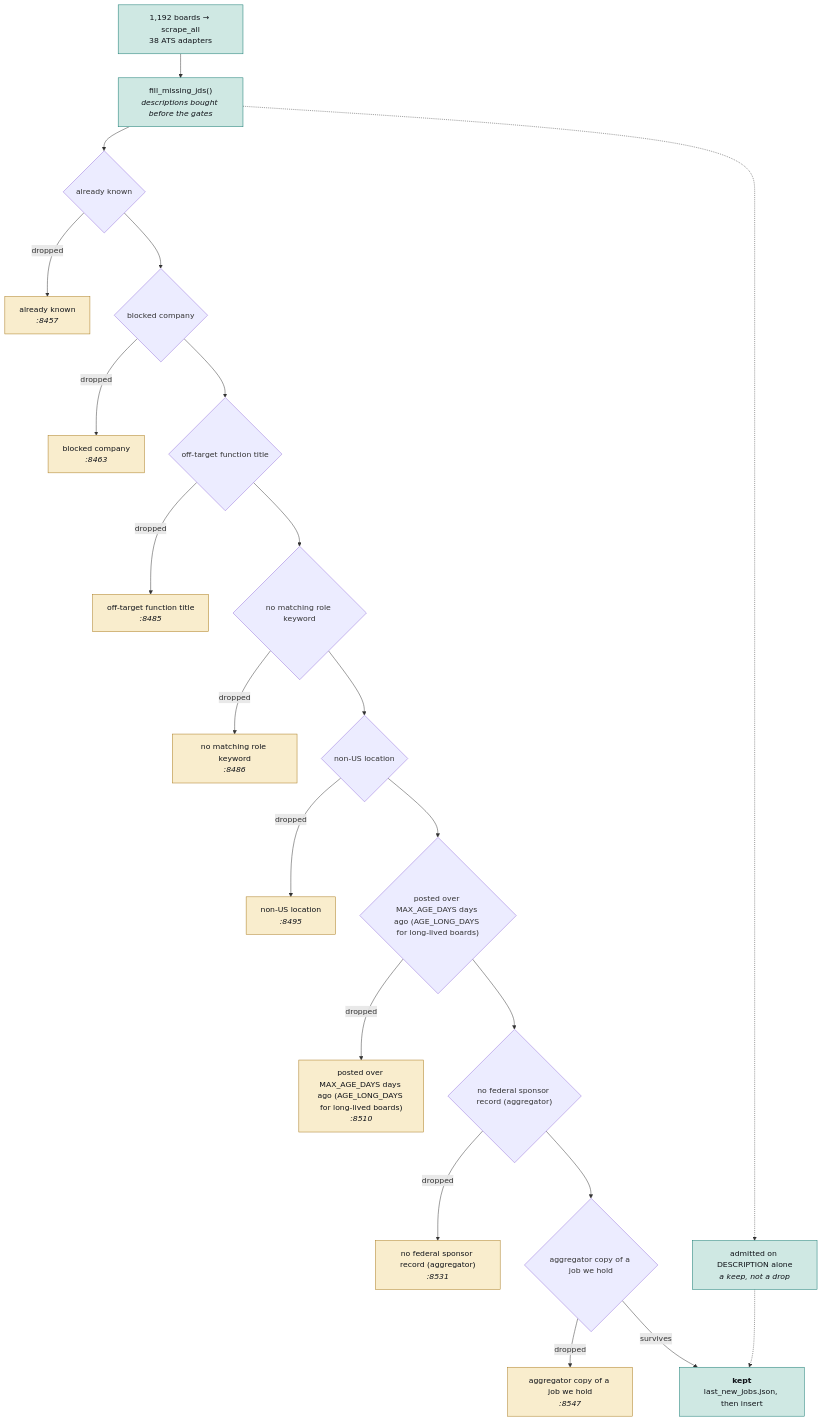
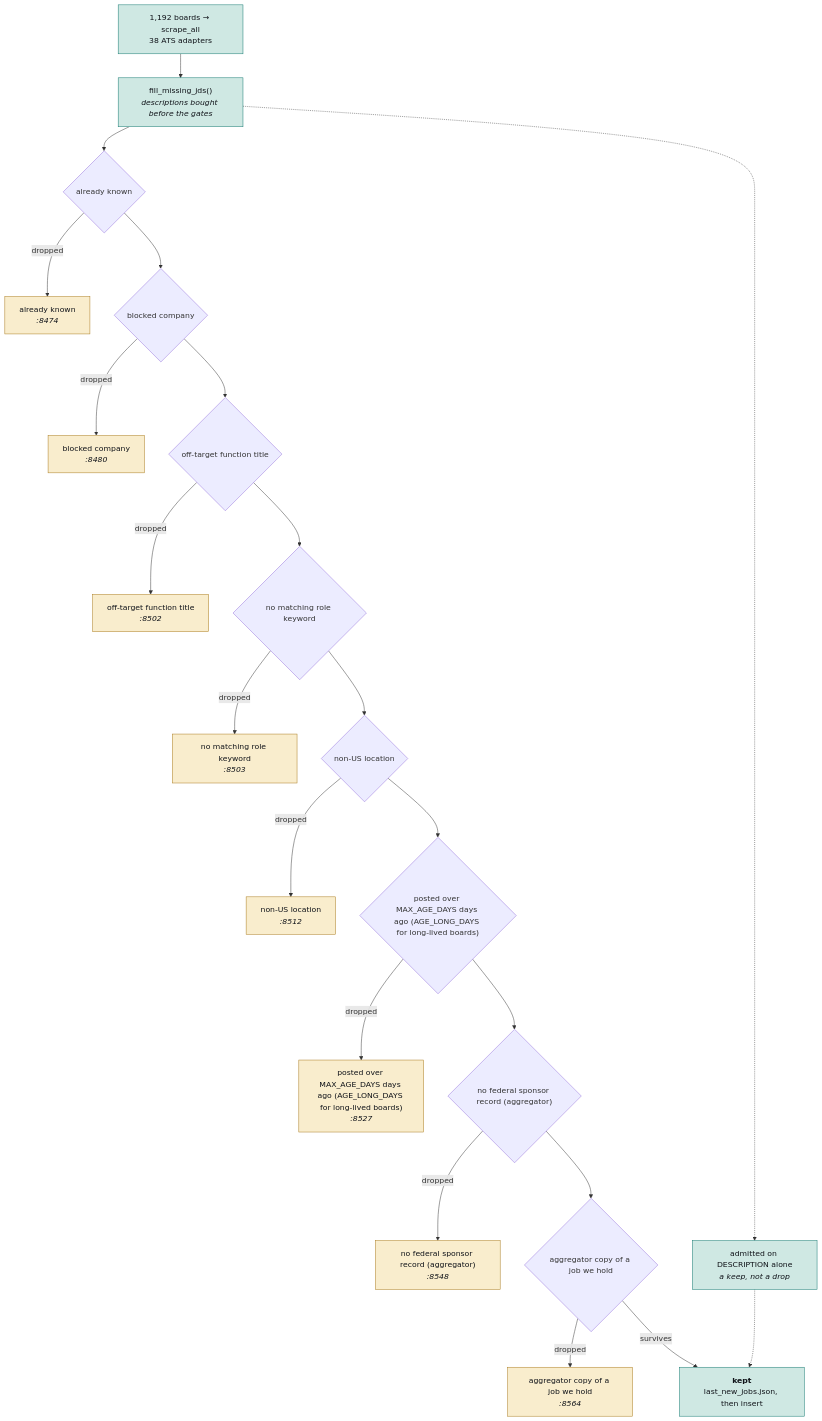
Before and after one commit to hadakunal909-debug/job-search-tool: the second of 4 diagrams in JobMatch Scraper/docs/ARCHITECTURE.md, drawn with Mermaid. The commit also changed other lines of this file and 6 other files, not shown here.

````diff
--- a/JobMatch Scraper/docs/ARCHITECTURE.md
+++ b/JobMatch Scraper/docs/ARCHITECTURE.md
@@ -106,54 +106,54 @@
 ```mermaid
 flowchart TB
   SRC["1,192 boards → scrape_all<br/>38 ATS adapters"]
   JD["fill_missing_jds()<br/><i>descriptions bought before the gates</i>"]
   SRC --> JD
   G0{"already known"}
-  D0["already known<br/><i>:8457</i>"]
+  D0["already known<br/><i>:8474</i>"]
   JD --> G0
   G0 -->|dropped| D0
   class D0 trap
   G1{"blocked company"}
-  D1["blocked company<br/><i>:8463</i>"]
+  D1["blocked company<br/><i>:8480</i>"]
   G0 --> G1
   G1 -->|dropped| D1
   class D1 trap
   G2{"off-target function title"}
-  D2["off-target function title<br/><i>:8485</i>"]
+  D2["off-target function title<br/><i>:8502</i>"]
   G1 --> G2
   G2 -->|dropped| D2
   class D2 trap
   G3{"no matching role keyword"}
-  D3["no matching role keyword<br/><i>:8486</i>"]
+  D3["no matching role keyword<br/><i>:8503</i>"]
   G2 --> G3
   G3 -->|dropped| D3
   class D3 trap
   G4{"non-US location"}
-  D4["non-US location<br/><i>:8495</i>"]
+  D4["non-US location<br/><i>:8512</i>"]
   G3 --> G4
   G4 -->|dropped| D4
   class D4 trap
   G5{"posted over MAX_AGE_DAYS days ago (AGE_LONG_DAYS for long-lived boards)"}
-  D5["posted over MAX_AGE_DAYS days ago (AGE_LONG_DAYS for long-lived boards)<br/><i>:8510</i>"]
+  D5["posted over MAX_AGE_DAYS days ago (AGE_LONG_DAYS for long-lived boards)<br/><i>:8527</i>"]
   G4 --> G5
   G5 -->|dropped| D5
   class D5 trap
   G6{"no federal sponsor record (aggregator)"}
-  D6["no federal sponsor record (aggregator)<br/><i>:8531</i>"]
+  D6["no federal sponsor record (aggregator)<br/><i>:8548</i>"]
   G5 --> G6
   G6 -->|dropped| D6
   class D6 trap
   G7{"aggregator copy of a job we hold"}
-  D7["aggregator copy of a job we hold<br/><i>:8547</i>"]
+  D7["aggregator copy of a job we hold<br/><i>:8564</i>"]
   G6 --> G7
   G7 -->|dropped| D7
   class D7 trap
   KEEP["<b>kept</b><br/>last_new_jobs.json, then insert"]
   G7 -->|survives| KEEP
   RESCUE["admitted on DESCRIPTION alone<br/><i>a keep, not a drop</i>"]
   JD -.-> RESCUE
   RESCUE -.-> KEEP
   classDef trap fill:#f9edcd,stroke:#a8781a,color:#101319
   classDef sched fill:#cfe8e3,stroke:#0f766e,color:#101319
   class SRC,JD,KEEP,RESCUE sched
 ```
````
